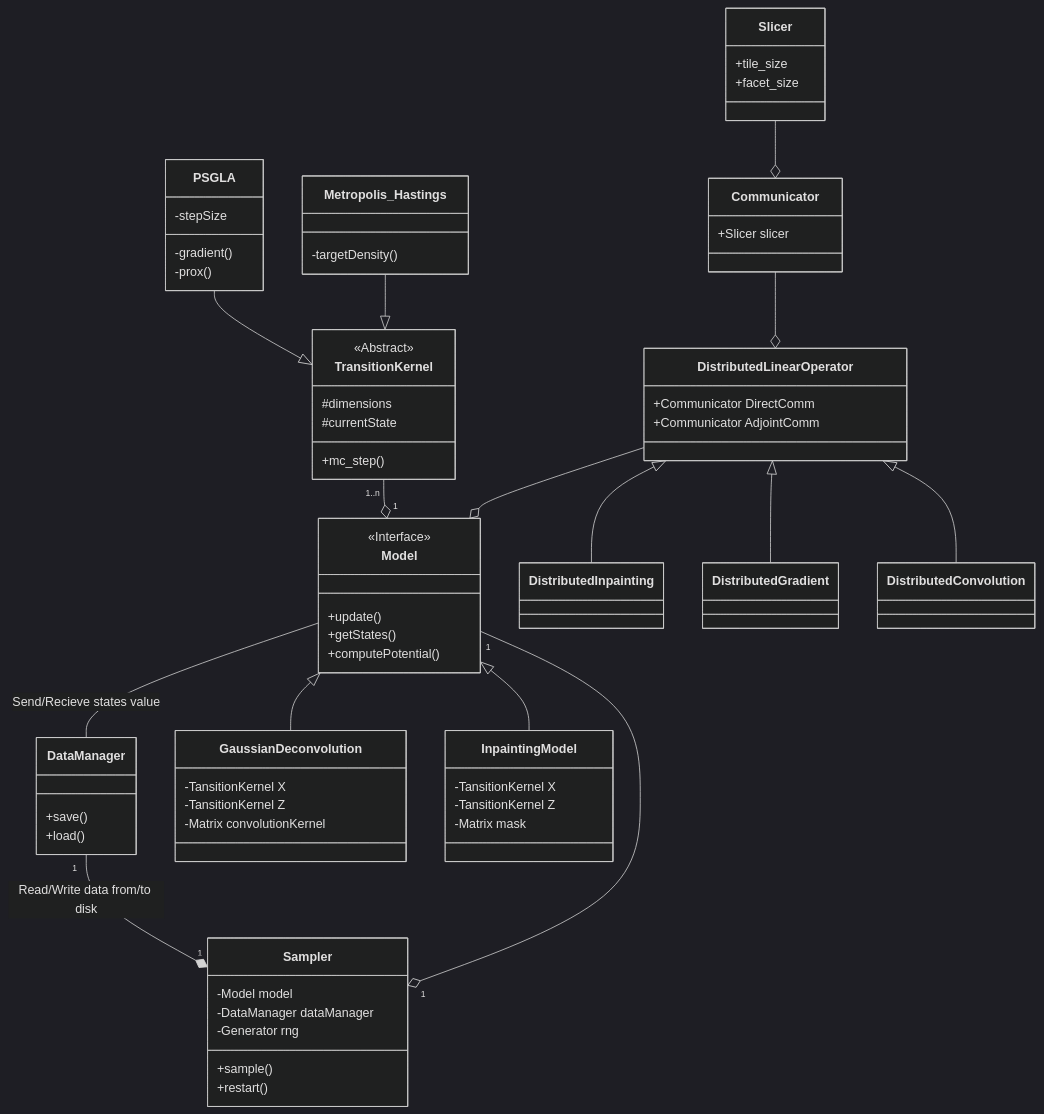
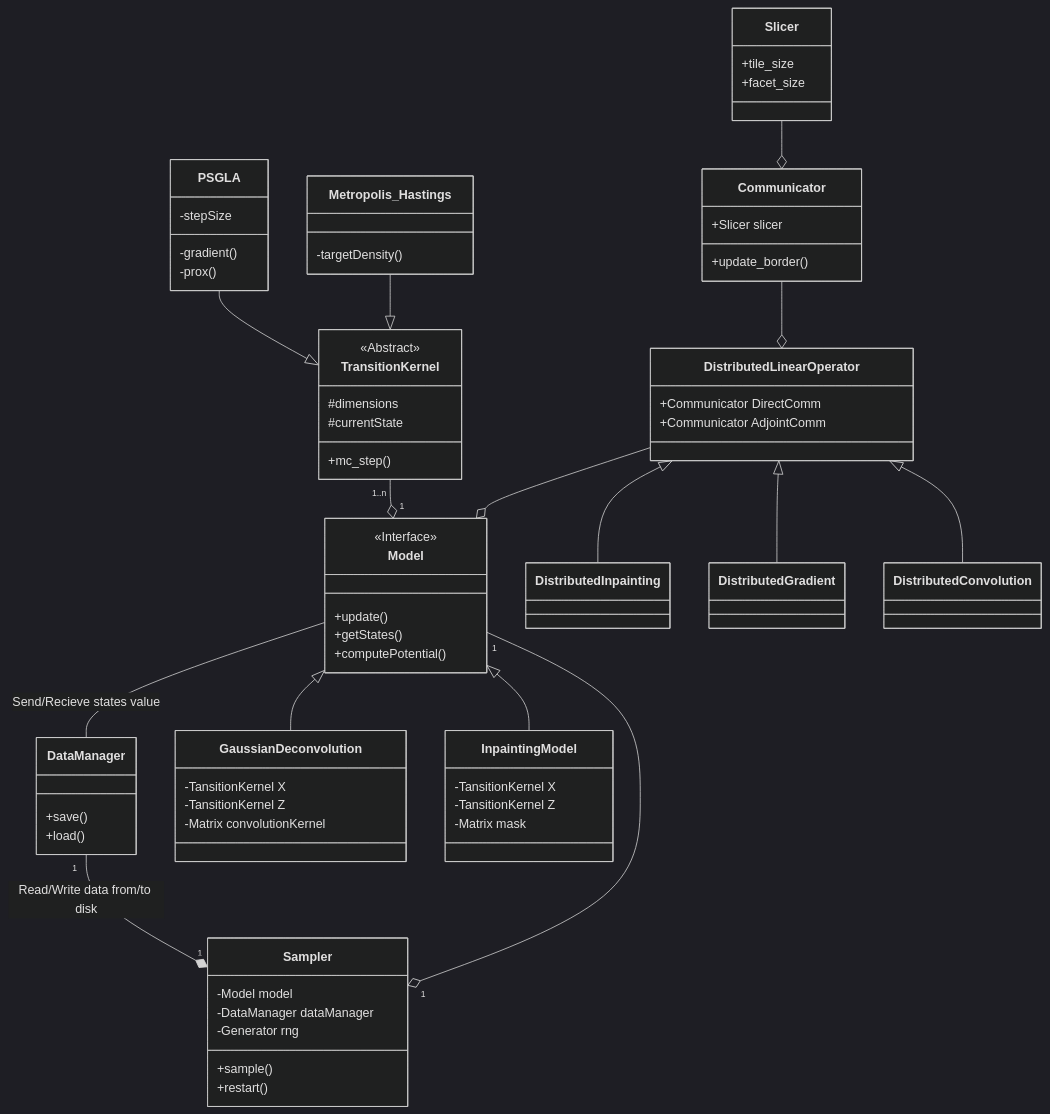
One commit to maxime-bouton/cards changed the diagram in UML/Distributed.md. Above: the diagram before and after it, drawn with Mermaid (dark theme). The commit also changed 6 other files, not shown here.

```diff
--- a/UML/Distributed.md
+++ b/UML/Distributed.md
@@ -24,6 +24,7 @@
 
     class Communicator{
     +Slicer slicer
+    +update_border()
     }
    
     class DistributedLinearOperator{
```
